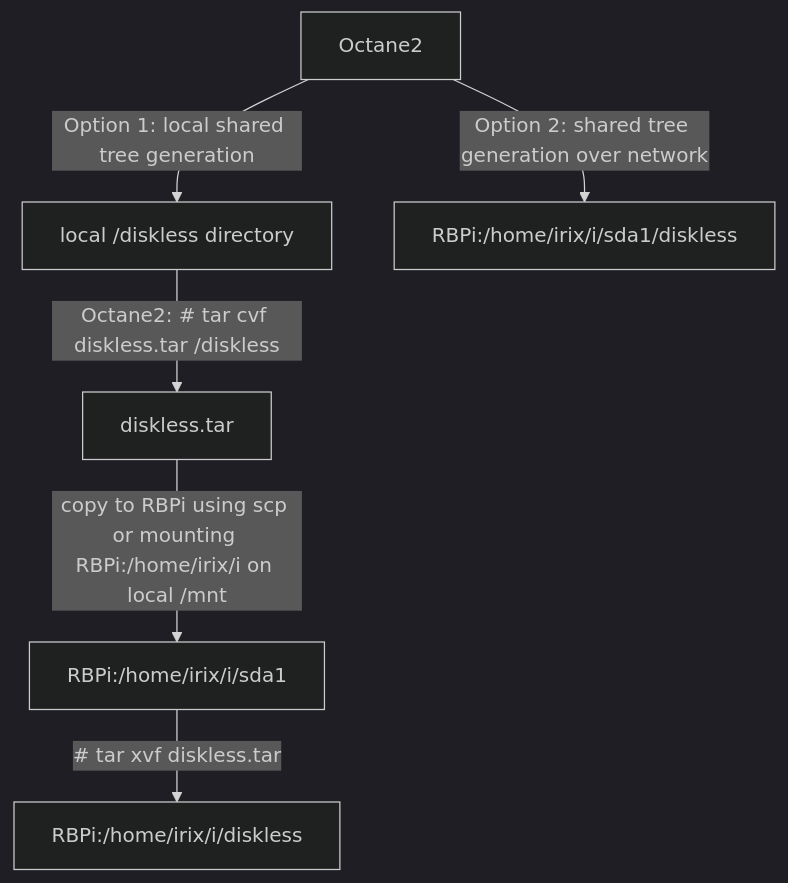
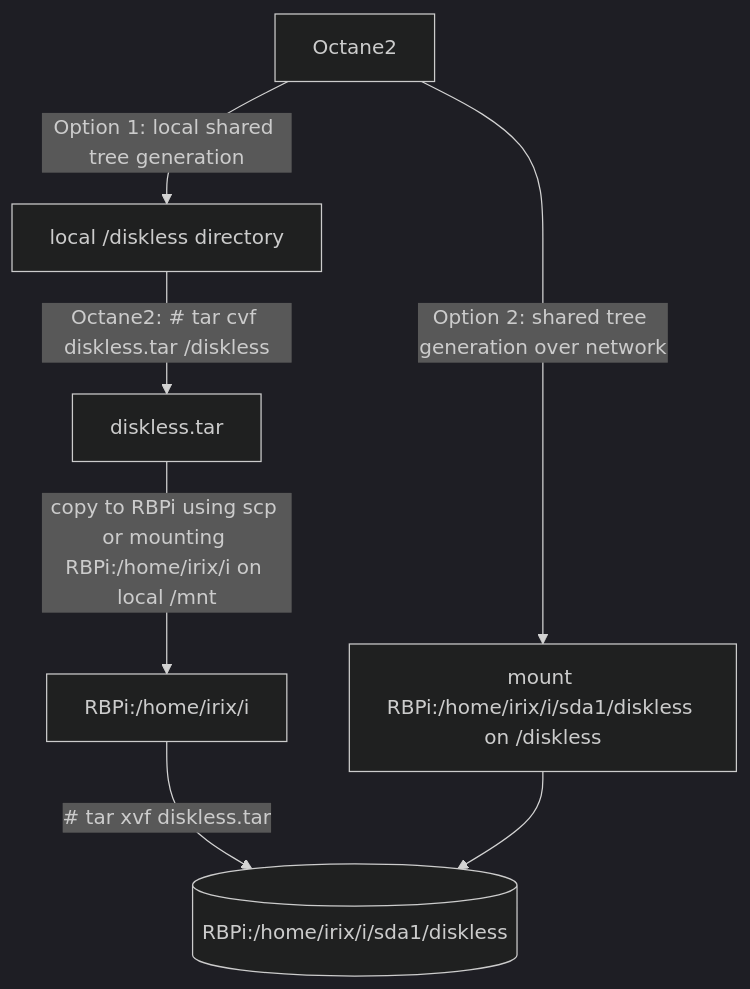
One commit to Linux-RISC/IRIX-diskless-workstation changed the second of 3 diagrams in README.md. Above: the diagram before and after it, drawn with Mermaid (dark theme). The commit also changed other lines of this file, not shown here.

````diff
--- a/README.md
+++ b/README.md
@@ -34,6 +40,6 @@
 ```mermaid
 graph TD;
-    Octane2--Option 1: local shared tree generation-->B[local /diskless directory]--Octane2: # tar cvf diskless.tar /diskless-->diskless.tar;
-    diskless.tar--copy to RBPi using scp or mounting RBPi:/home/irix/i on local /mnt-->RBPi:/home/irix/i/sda1--# tar xvf diskless.tar-->RBPi:/home/irix/i/diskless;
-   Octane2--Option 2: shared tree generation over network-->RBPi:/home/irix/i/sda1/diskless;
+    Octane2--Option 1: local shared tree generation-->local_diskless[local /diskless directory]--Octane2: # tar cvf diskless.tar /diskless-->diskless.tar;
+    diskless.tar--copy to RBPi using scp or mounting RBPi:/home/irix/i on local /mnt-->RBPi:/home/irix/i--# tar xvf diskless.tar-->RBPi[(RBPi:/home/irix/i/diskless)];
+   Octane2--Option 2: shared tree generation over network-->mount_RBPi[mount RBPi:/home/irix/i/sda1/diskless on /diskless]-->RBPi[(RBPi:/home/irix/i/sda1/diskless)];
 ```
````
